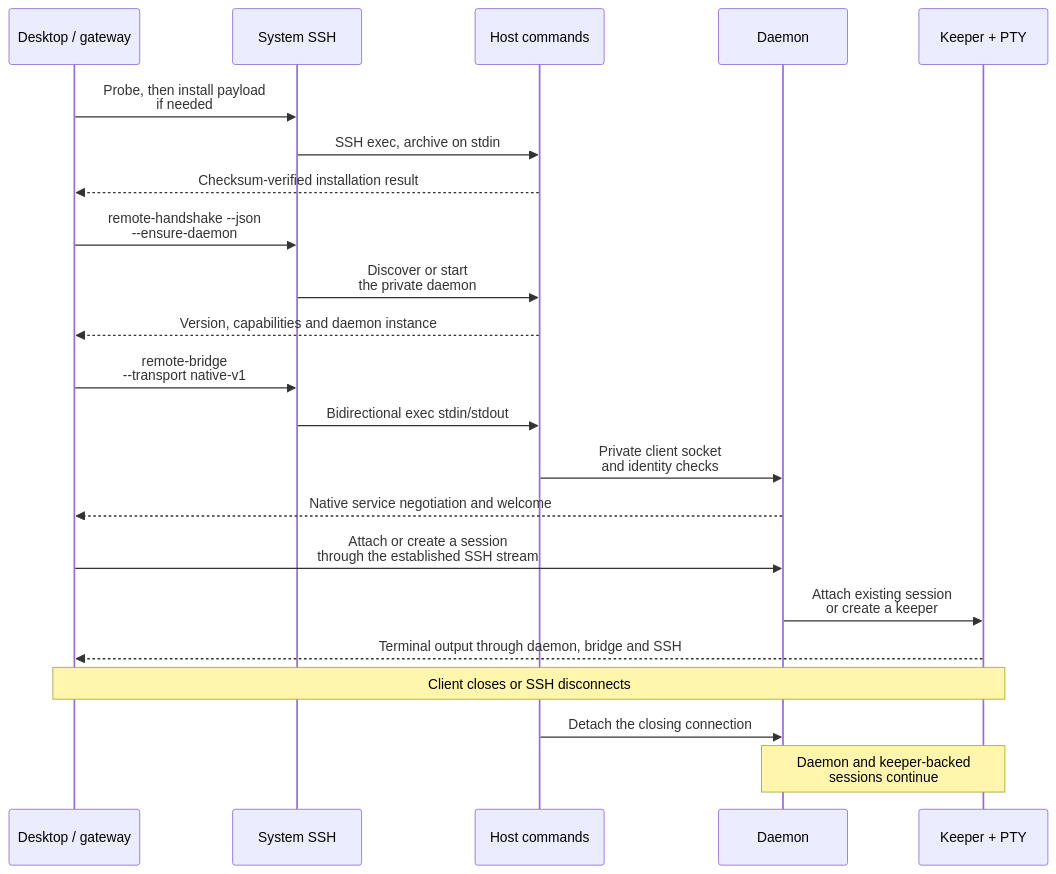
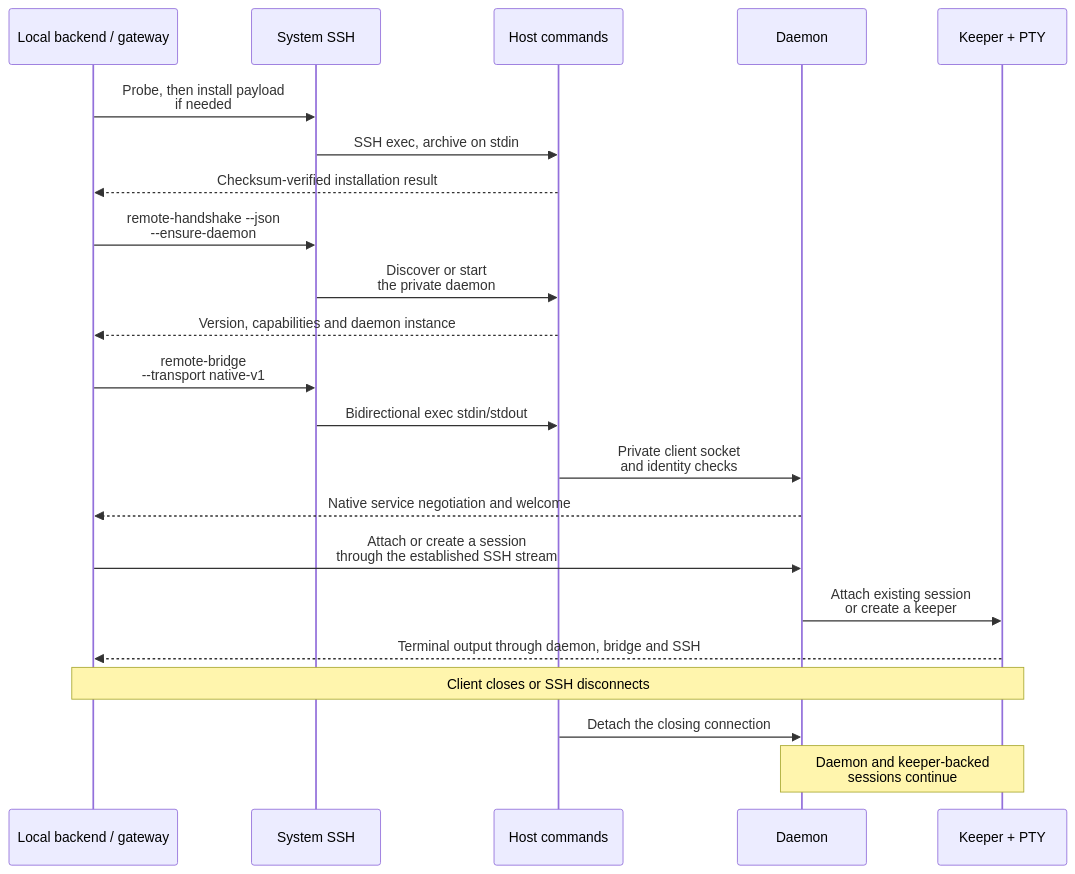
One commit to npgrosser/splitty changed the third of 3 diagrams in docs/networking.md. Above: the diagram before and after it, drawn with Mermaid. The commit also changed other lines of this file, not shown here.

Commit message:
docs: describe the app's local backend connections

````diff
--- a/docs/networking.md
+++ b/docs/networking.md
@@ -96,24 +97,24 @@
 ```mermaid
 sequenceDiagram
-  participant Client as Desktop / gateway
+  participant Client as Local backend / gateway
   participant SSH as System SSH
   participant Host as Host commands
   participant Daemon as Daemon
   participant Keeper as Keeper + PTY
   Client->>SSH: Probe, then install payload<br/>if needed
   SSH->>Host: SSH exec, archive on stdin
   Host-->>Client: Checksum-verified installation result
   Client->>SSH: remote-handshake --json<br/>--ensure-daemon
   SSH->>Host: Discover or start<br/>the private daemon
   Host-->>Client: Version, capabilities and daemon instance
   Client->>SSH: remote-bridge<br/>--transport native-v1
   SSH->>Host: Bidirectional exec stdin/stdout
   Host->>Daemon: Private client socket<br/>and identity checks
   Daemon-->>Client: Native service negotiation and welcome
   Client->>Daemon: Attach or create a session<br/>through the established SSH stream
   Daemon->>Keeper: Attach existing session<br/>or create a keeper
   Keeper-->>Client: Terminal output through daemon, bridge and SSH
   Note over Client,Keeper: Client closes or SSH disconnects
   Host->>Daemon: Detach the closing connection
   Note over Daemon,Keeper: Daemon and keeper-backed<br/>sessions continue
 ```
````
